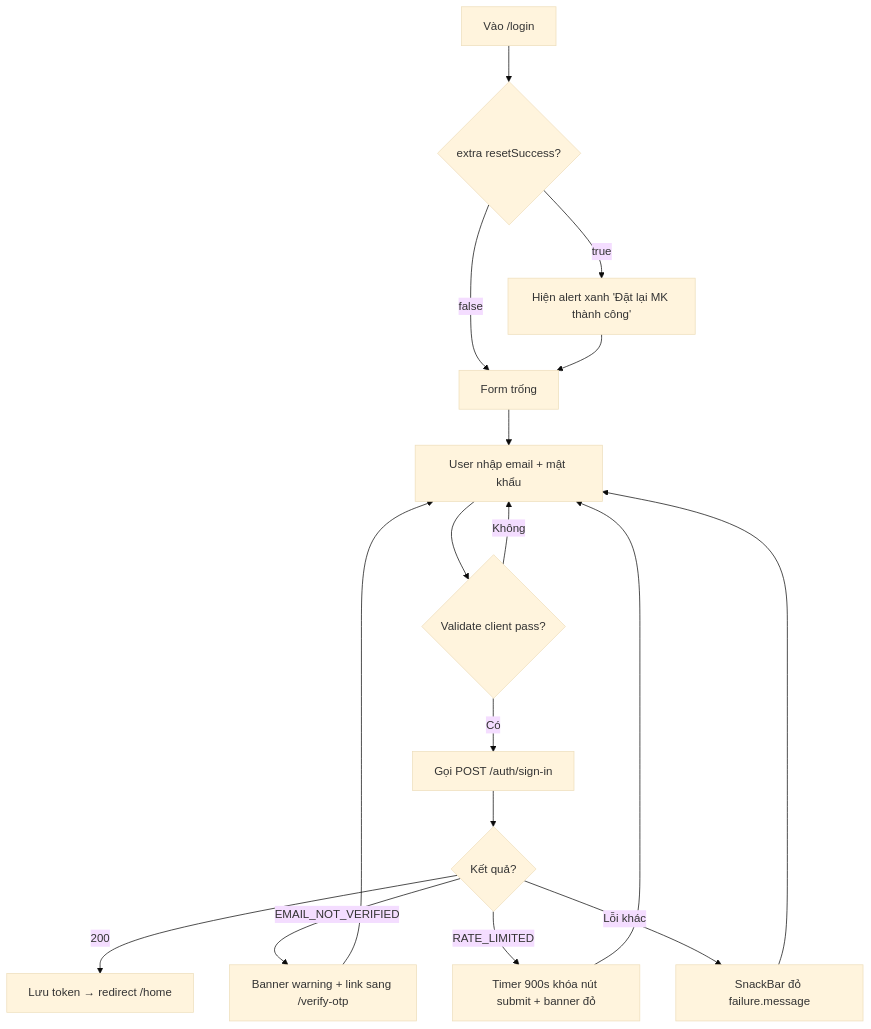
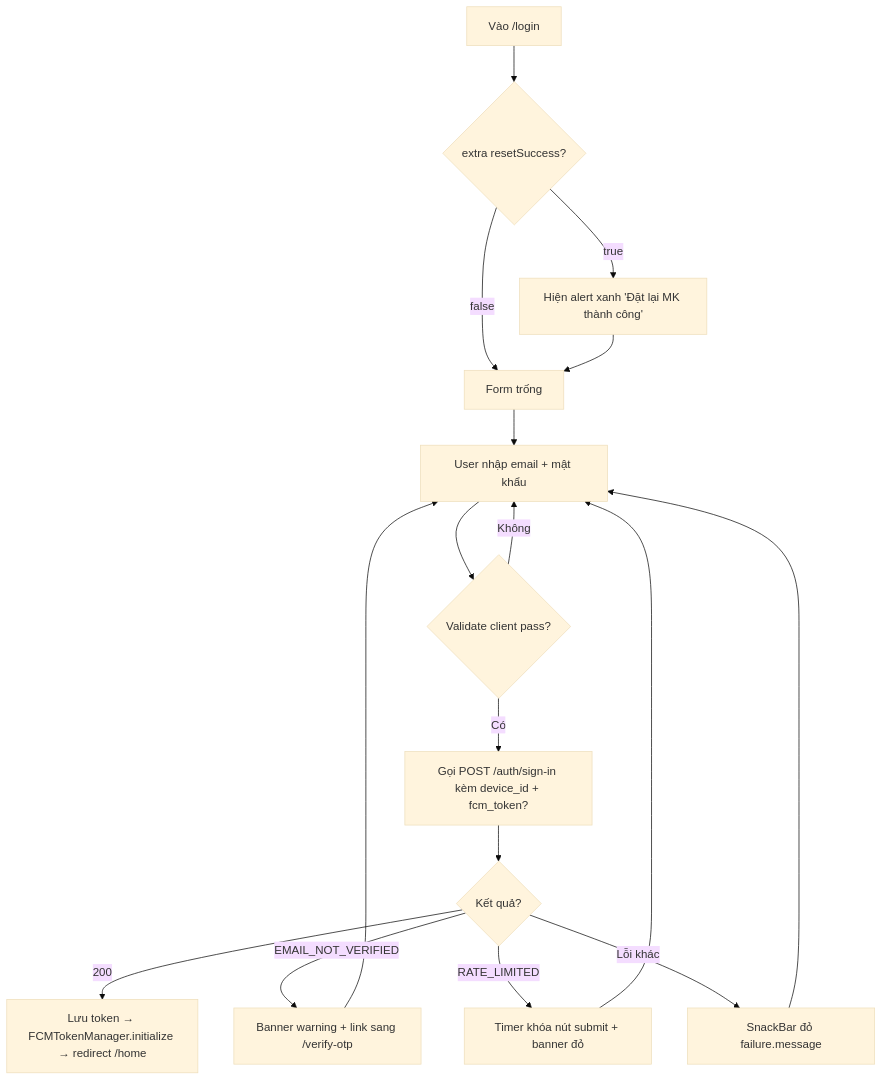
One commit to FintechVSF-Tranning/PaySplit-RP changed the seventh of 9 diagrams in flow/01-auth.md. Above: the diagram before and after it, drawn with Mermaid (base theme). The commit also changed other lines of this file and 3 other files, not shown here.

````diff
--- a/flow/01-auth.md
+++ b/flow/01-auth.md
@@ -257,19 +289,19 @@
 ```mermaid
 flowchart TD
     A["Vào /login"] --> B{"extra resetSuccess?"}
     B -->|"true"| C["Hiện alert xanh 'Đặt lại MK thành công'"]
     B -->|"false"| D["Form trống"]
     C --> D
     D --> E["User nhập email + mật khẩu"]
     E --> F{"Validate client pass?"}
     F -->|"Không"| E
-    F -->|"Có"| G["Gọi POST /auth/sign-in"]
+    F -->|"Có"| G["Gọi POST /auth/sign-in kèm device_id + fcm_token?"]
     G --> H{"Kết quả?"}
-    H -->|"200"| I["Lưu token → redirect /home"]
+    H -->|"200"| I["Lưu token → FCMTokenManager.initialize → redirect /home"]
     H -->|"EMAIL_NOT_VERIFIED"| J["Banner warning + link sang /verify-otp"]
     J --> E
-    H -->|"RATE_LIMITED"| K["Timer 900s khóa nút submit + banner đỏ"]
+    H -->|"RATE_LIMITED"| K["Timer khóa nút submit + banner đỏ"]
     K --> E
     H -->|"Lỗi khác"| L["SnackBar đỏ failure.message"]
     L --> E
 ```
````
